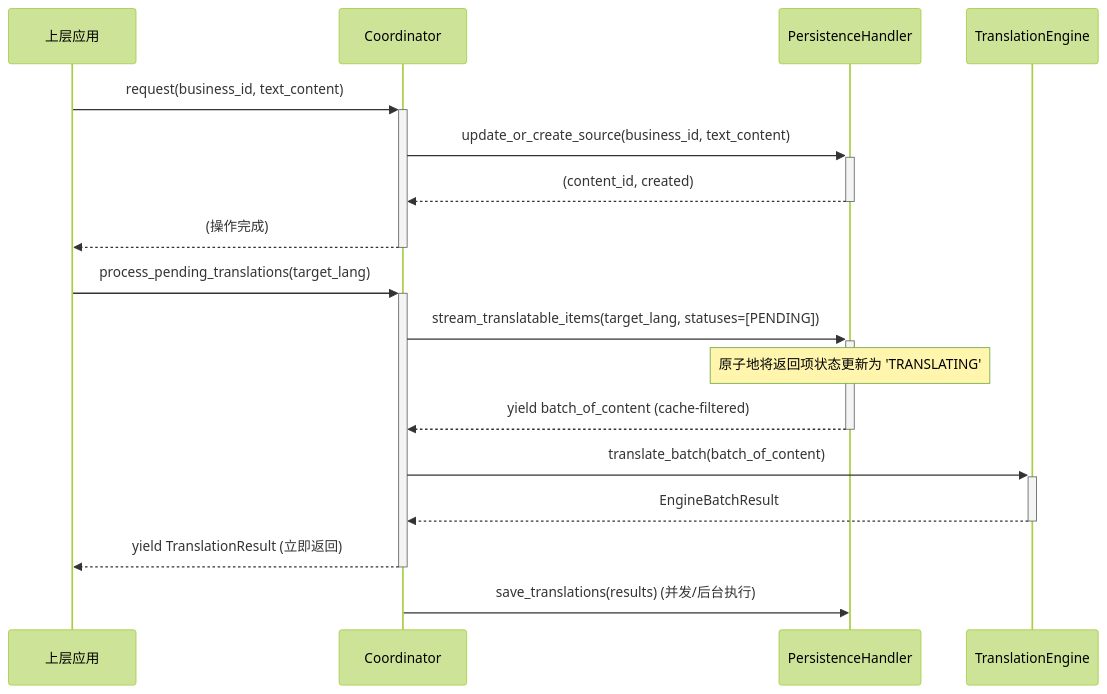
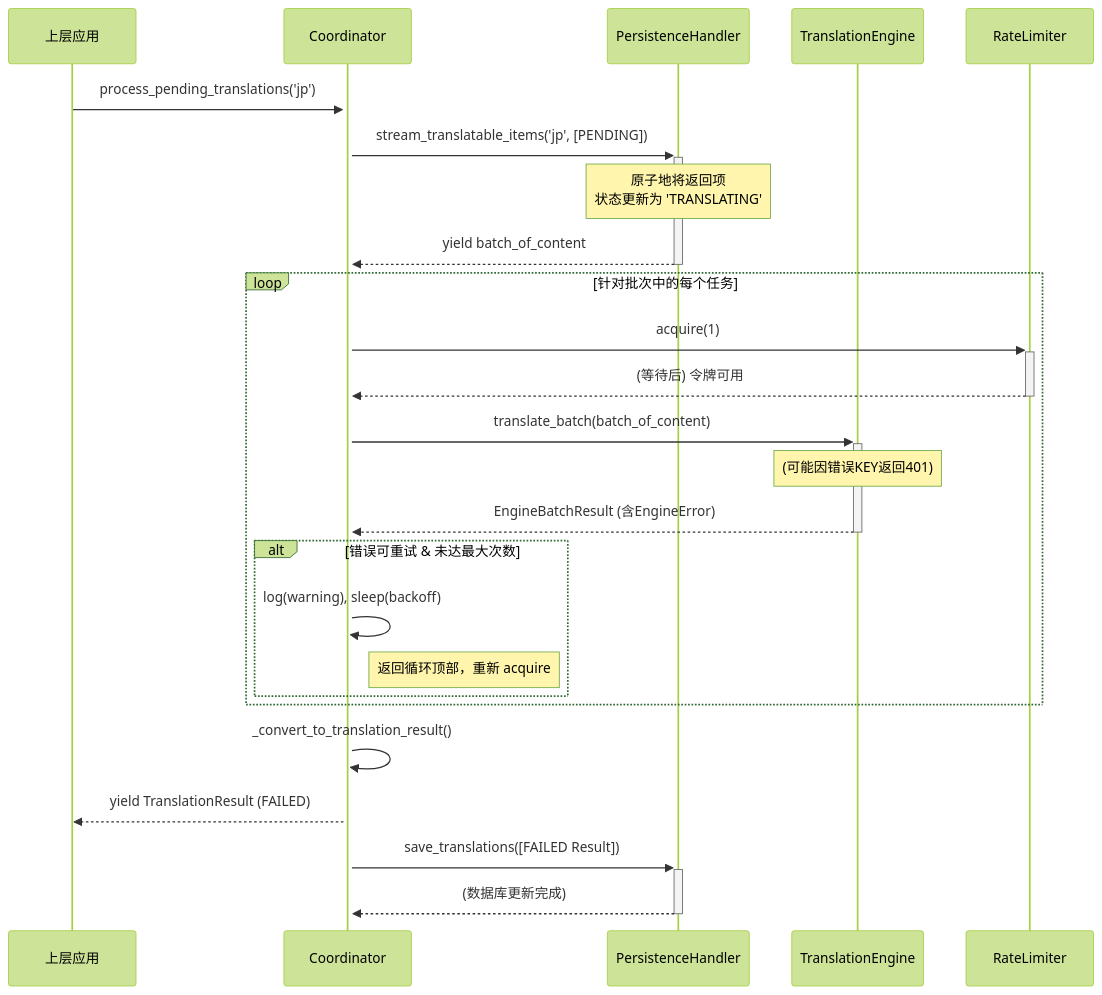
The second of 2 diagrams in docs/trans-hub-core-design.md (SakenW/Trans-Hub), drawn with Mermaid (forest theme) before and after one commit. The commit also changed other lines of this file and 3 other files, not shown here.

````diff
--- a/docs/trans-hub-core-design.md
+++ b/docs/trans-hub-core-design.md
@@ -202,21 +193,33 @@
 ```mermaid
 sequenceDiagram
     participant App as 上层应用
     participant Coord as Coordinator
     participant Handler as PersistenceHandler
     participant Engine as TranslationEngine
+    participant Limiter as RateLimiter
 
-    App->>+Coord: request(business_id, text_content)
-    Coord->>+Handler: update_or_create_source(business_id, text_content)
-    Handler-->>-Coord: (content_id, created)
-    Coord-->>-App: (操作完成)
-
-    App->>+Coord: process_pending_translations(target_lang)
-    Coord->>+Handler: stream_translatable_items(target_lang, statuses=[PENDING])
-    Note over Handler: 原子地将返回项状态更新为 'TRANSLATING'
-    Handler-->>-Coord: yield batch_of_content (cache-filtered)
-    Coord->>+Engine: translate_batch(batch_of_content)
-    Engine-->>-Coord: EngineBatchResult
-    Coord-->>-App: yield TranslationResult (立即返回)
-    Coord->>Handler: save_translations(results) (并发/后台执行)
+    App->>+Coord: process_pending_translations('jp')
+    Coord->>+Handler: stream_translatable_items('jp', [PENDING])
+    Note over Handler: 原子地将返回项<br>状态更新为 'TRANSLATING'
+    Handler-->>-Coord: yield batch_of_content
+    
+    loop 针对批次中的每个任务
+        Coord->>+Limiter: acquire(1)
+        Limiter-->>-Coord: (等待后) 令牌可用
+        
+        Coord->>+Engine: translate_batch(batch_of_content)
+        Note over Engine: (可能因错误KEY返回401)
+        Engine-->>-Coord: EngineBatchResult (含EngineError)
+        
+        alt 错误可重试 & 未达最大次数
+            Coord->>Coord: log(warning), sleep(backoff)
+            Note right of Coord: 返回循环顶部，重新 acquire
+        end
+    end
+    
+    Coord->>Coord: _convert_to_translation_result()
+    Coord-->>App: yield TranslationResult (FAILED)
+    
+    Coord->>+Handler: save_translations([FAILED Result])
+    Handler-->>-Coord: (数据库更新完成)
 ```
````
